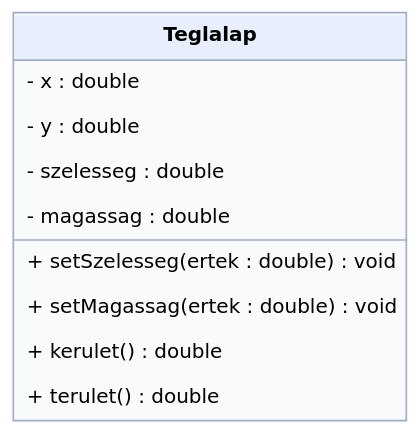
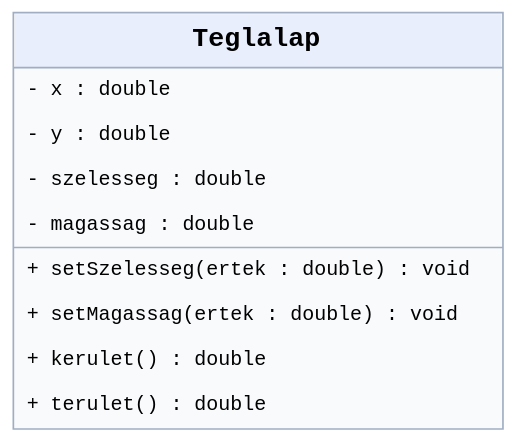
One commit to edetroll/java-oop changed the diagram in content/chapters/03-adatrejtes/media/task1-hu.dot. Above: the diagram before and after it, drawn with Graphviz. The commit also changed 38 other files, not shown here.

```diff
--- a/content/chapters/03-adatrejtes/media/task1-hu.dot
+++ b/content/chapters/03-adatrejtes/media/task1-hu.dot
@@ -1,1 +1,1 @@
-digraph G { graph [bgcolor="transparent",pad="0.05"]; node [shape=plaintext,fontname="DejaVu Sans",fontsize=12]; a [label=<<TABLE BORDER="1" CELLBORDER="0" CELLSPACING="0" CELLPADDING="7" COLOR="#a0adc2" BGCOLOR="#f8fafc"><TR><TD BGCOLOR="#e8eefc"><B>Teglalap</B></TD></TR><HR/><TR><TD ALIGN="LEFT" BALIGN="LEFT">- x : double</TD></TR><TR><TD ALIGN="LEFT" BALIGN="LEFT">- y : double</TD></TR><TR><TD ALIGN="LEFT" BALIGN="LEFT">- szelesseg : double</TD></TR><TR><TD ALIGN="LEFT" BALIGN="LEFT">- magassag : double</TD></TR><HR/><TR><TD ALIGN="LEFT" BALIGN="LEFT">+ setSzelesseg(ertek : double) : void</TD></TR><TR><TD ALIGN="LEFT" BALIGN="LEFT">+ setMagassag(ertek : double) : void</TD></TR><TR><TD ALIGN="LEFT" BALIGN="LEFT">+ kerulet() : double</TD></TR><TR><TD ALIGN="LEFT" BALIGN="LEFT">+ terulet() : double</TD></TR></TABLE>>]; }
+digraph G { graph [bgcolor="transparent",pad="0.05"]; node [shape=plaintext,fontname="Liberation Mono",fontsize=12]; a [label=<<TABLE BORDER="1" CELLBORDER="0" CELLSPACING="0" CELLPADDING="7" COLOR="#a0adc2" BGCOLOR="#f8fafc"><TR><TD BGCOLOR="#e8eefc"><FONT FACE="Liberation Mono" POINT-SIZE="16"><B>Teglalap</B></FONT></TD></TR><HR/><TR><TD ALIGN="LEFT" BALIGN="LEFT">- x : double</TD></TR><TR><TD ALIGN="LEFT" BALIGN="LEFT">- y : double</TD></TR><TR><TD ALIGN="LEFT" BALIGN="LEFT">- szelesseg : double</TD></TR><TR><TD ALIGN="LEFT" BALIGN="LEFT">- magassag : double</TD></TR><HR/><TR><TD ALIGN="LEFT" BALIGN="LEFT">+ setSzelesseg(ertek : double) : void</TD></TR><TR><TD ALIGN="LEFT" BALIGN="LEFT">+ setMagassag(ertek : double) : void</TD></TR><TR><TD ALIGN="LEFT" BALIGN="LEFT">+ kerulet() : double</TD></TR><TR><TD ALIGN="LEFT" BALIGN="LEFT">+ terulet() : double</TD></TR></TABLE>>]; }
```
